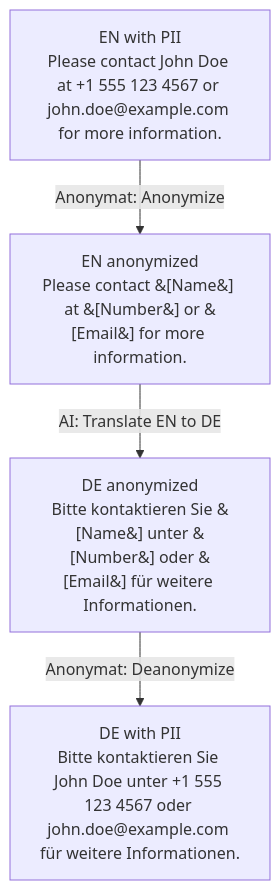
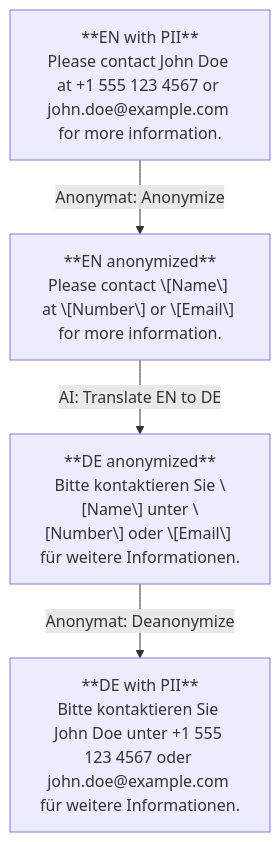
Before and after one commit to Uli-Z/Anonymat: the diagram in README.md, drawn with Mermaid.

Commit message:
Improve Mermaid labels and bold titles

````diff
--- a/README.md
+++ b/README.md
@@ -15,11 +15,11 @@
 ```mermaid
 flowchart TB
-  A["EN with PII<br/>Please contact John Doe at +1 555 123 4567 or john.doe@example.com for more information."]
-  B["EN anonymized<br/>Please contact &#91;Name&#93; at &#91;Number&#93; or &#91;Email&#93; for more information."]
-  C["DE anonymized<br/>Bitte kontaktieren Sie &#91;Name&#93; unter &#91;Number&#93; oder &#91;Email&#93; für weitere Informationen."]
-  D["DE with PII<br/>Bitte kontaktieren Sie John Doe unter +1 555 123 4567 oder john.doe@example.com für weitere Informationen."]
+  A["**EN with PII**<br/>Please contact John Doe at +1 555 123 4567 or john.doe@example.com for more information."]
+  B["**EN anonymized**<br/>Please contact \[Name\] at \[Number\] or \[Email\] for more information."]
+  C["**DE anonymized**<br/>Bitte kontaktieren Sie \[Name\] unter \[Number\] oder \[Email\] für weitere Informationen."]
+  D["**DE with PII**<br/>Bitte kontaktieren Sie John Doe unter +1 555 123 4567 oder john.doe@example.com für weitere Informationen."]
 
   A -->|Anonymat: Anonymize| B
   B -->|AI: Translate EN to DE| C
   C -->|Anonymat: Deanonymize| D
 ```
````
